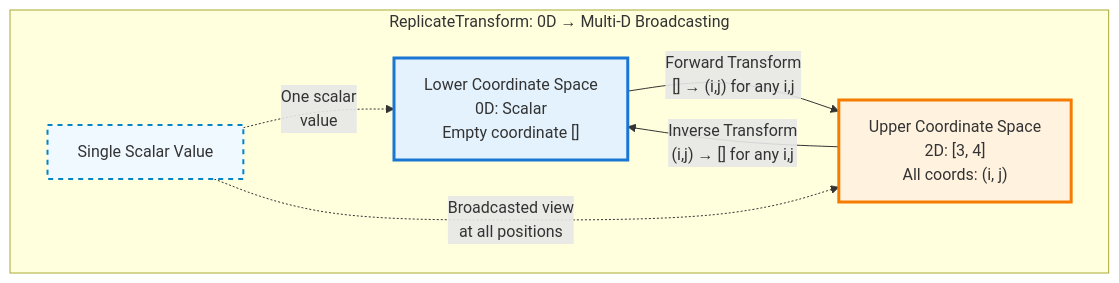
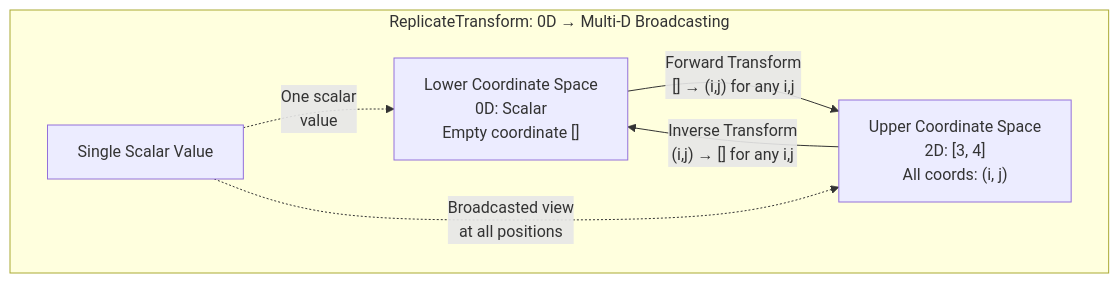
The sixth of 12 diagrams in projects/composablekernel/docs/conceptual/ck_tile/transforms.rst (hdt98/rocm-libraries), drawn with Mermaid before and after one commit. The commit also changed other lines of this file and 21 other files, not shown here.

First line of the commit message:
[ck] Updated CK Tile documentation to use mermaid diagrams (#7955)

```diff
--- a/projects/composablekernel/docs/conceptual/ck_tile/transforms.rst
+++ b/projects/composablekernel/docs/conceptual/ck_tile/transforms.rst
@@ -335,19 +259,15 @@
-      .. mermaid::
-      
-         graph TB
-             subgraph "ReplicateTransform: 0D → Multi-D Broadcasting"
-                 LS["Lower Coordinate Space<br/>0D: Scalar<br/>Empty coordinate []"]
-                 US["Upper Coordinate Space<br/>2D: [3, 4]<br/>All coords: (i, j)"]
-                 
-                 DATA["Single Scalar Value"]
-             end
-             
-             LS -->|"Forward Transform<br/>[] → (i,j) for any i,j"| US
-             US -->|"Inverse Transform<br/>(i,j) → [] for any i,j"| LS
-             
-             DATA -.->|"One scalar<br/>value"| LS
-             DATA -.->|"Broadcasted view<br/>at all positions"| US
-             
-             style LS fill:#e3f2fd,stroke:#1976d2,stroke-width:3px
-             style US fill:#fff3e0,stroke:#f57c00,stroke-width:3px
-             style DATA fill:#f0f9ff,stroke:#0284c7,stroke-width:2px,stroke-dasharray: 5 5
+.. mermaid::
+
+   graph TB
+       subgraph "ReplicateTransform: 0D → Multi-D Broadcasting"
+           LS["Lower Coordinate Space<br/>0D: Scalar<br/>Empty coordinate []"]
+           US["Upper Coordinate Space<br/>2D: [3, 4]<br/>All coords: (i, j)"]
+
+           DATA["Single Scalar Value"]
+       end
+
+       LS -->|"Forward Transform<br/>[] → (i,j) for any i,j"| US
+       US -->|"Inverse Transform<br/>(i,j) → [] for any i,j"| LS
+
+       DATA -.->|"One scalar<br/>value"| LS
+       DATA -.->|"Broadcasted view<br/>at all positions"| US
```
